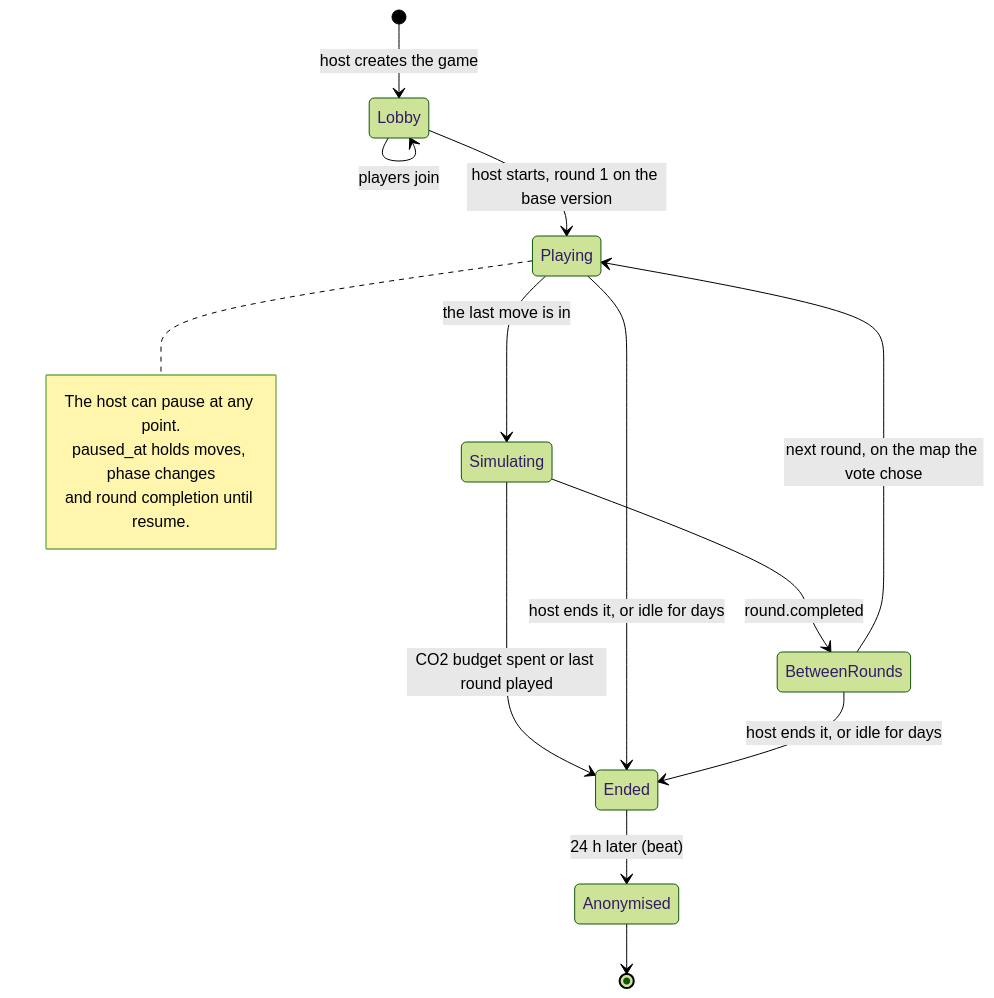
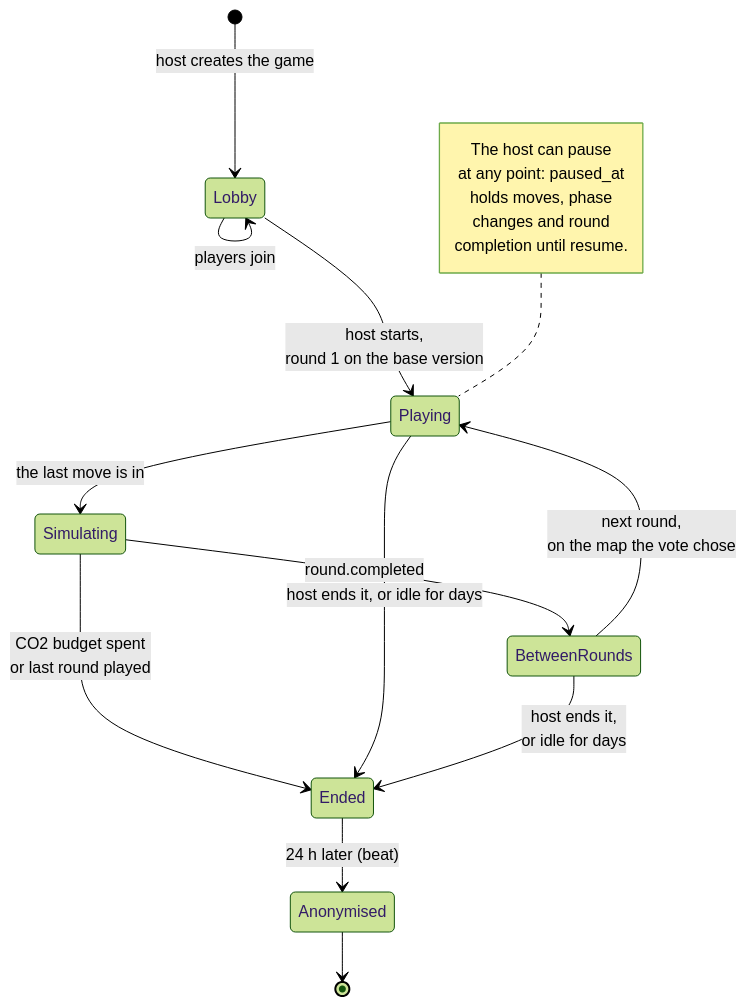
The second of 12 diagrams in docs/en-flowcharts.md (luke-hirsch/co2mmute), drawn with Mermaid (forest theme) before and after one commit. The commit also changed other lines of this file and 16 other files, not shown here.

````diff
--- a/docs/en-flowcharts.md
+++ b/docs/en-flowcharts.md
@@ -68,20 +68,22 @@
 ```mermaid
 stateDiagram-v2
     [*] --> Lobby: host creates the game
     Lobby --> Lobby: players join
-    Lobby --> Playing: host starts, round 1 on the base version
+    Lobby --> Playing: host starts,<br>round 1 on the base version
     Playing --> Simulating: the last move is in
     Simulating --> BetweenRounds: round.completed
-    Simulating --> Ended: CO2 budget spent or last round played
-    BetweenRounds --> Playing: next round, on the map the vote chose
+    Simulating --> Ended: CO2 budget spent<br>or last round played
+    BetweenRounds --> Playing: next round,<br>on the map the vote chose
     Playing --> Ended: host ends it, or idle for days
-    BetweenRounds --> Ended: host ends it, or idle for days
+    BetweenRounds --> Ended: host ends it,<br>or idle for days
     Ended --> Anonymised: 24 h later (beat)
     Anonymised --> [*]
 
-    note right of Playing
-        The host can pause at any point.
-        paused_at holds moves, phase changes
-        and round completion until resume.
+    note left of Playing
+        The host can pause
+        at any point: paused_at
+        holds moves, phase
+        changes and round
+        completion until resume.
     end note
 ```
````
